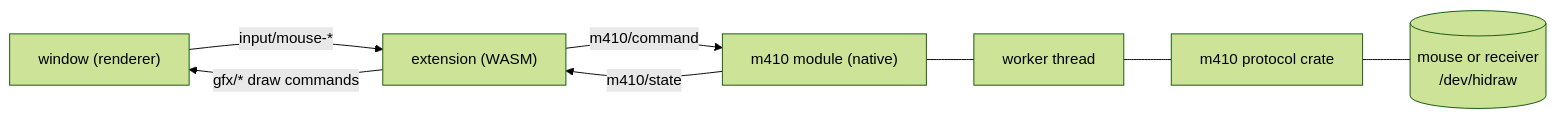
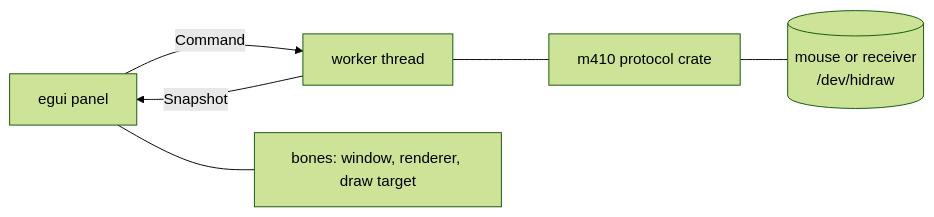
Before and after one commit to an-dr/legion-m410-linux-rgb: the diagram in README.md, drawn with Mermaid (forest theme). The commit also changed other lines of this file and 60 other files, not shown here.

````diff
--- a/README.md
+++ b/README.md
@@ -74,10 +67,8 @@
 ```mermaid
 flowchart LR
-    win["window (renderer)"] -->|"input/mouse-*"| ext["extension (WASM)"]
-    ext -->|"gfx/* draw commands"| win
-    ext -->|"m410/command"| mod["m410 module (native)"]
-    mod -->|"m410/state"| ext
-    mod --- worker["worker thread"]
+    gui["egui panel"] -->|"Command"| worker["worker thread"]
+    worker -->|"Snapshot"| gui
+    gui --- engine["bones: window, renderer, draw target"]
     worker --- proto["m410 protocol crate"]
     proto --- mouse[("mouse or receiver\n/dev/hidraw")]
 ```
````
